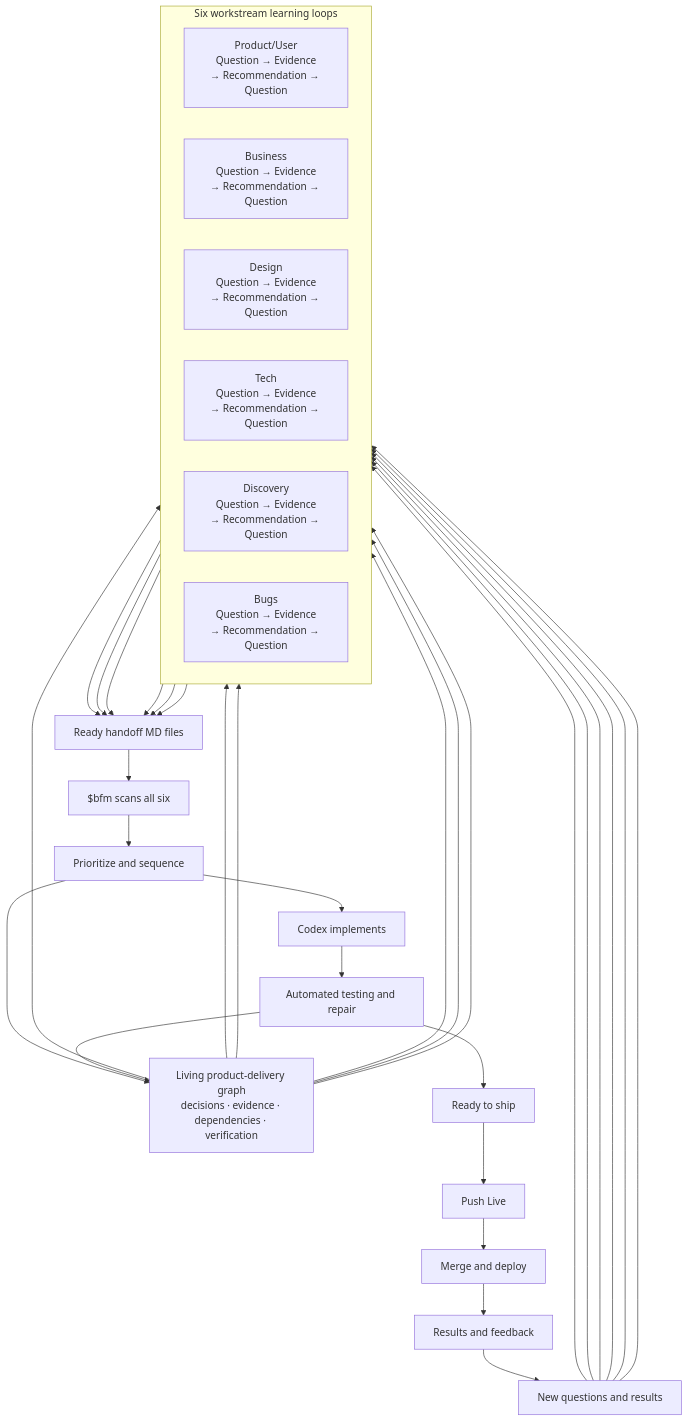
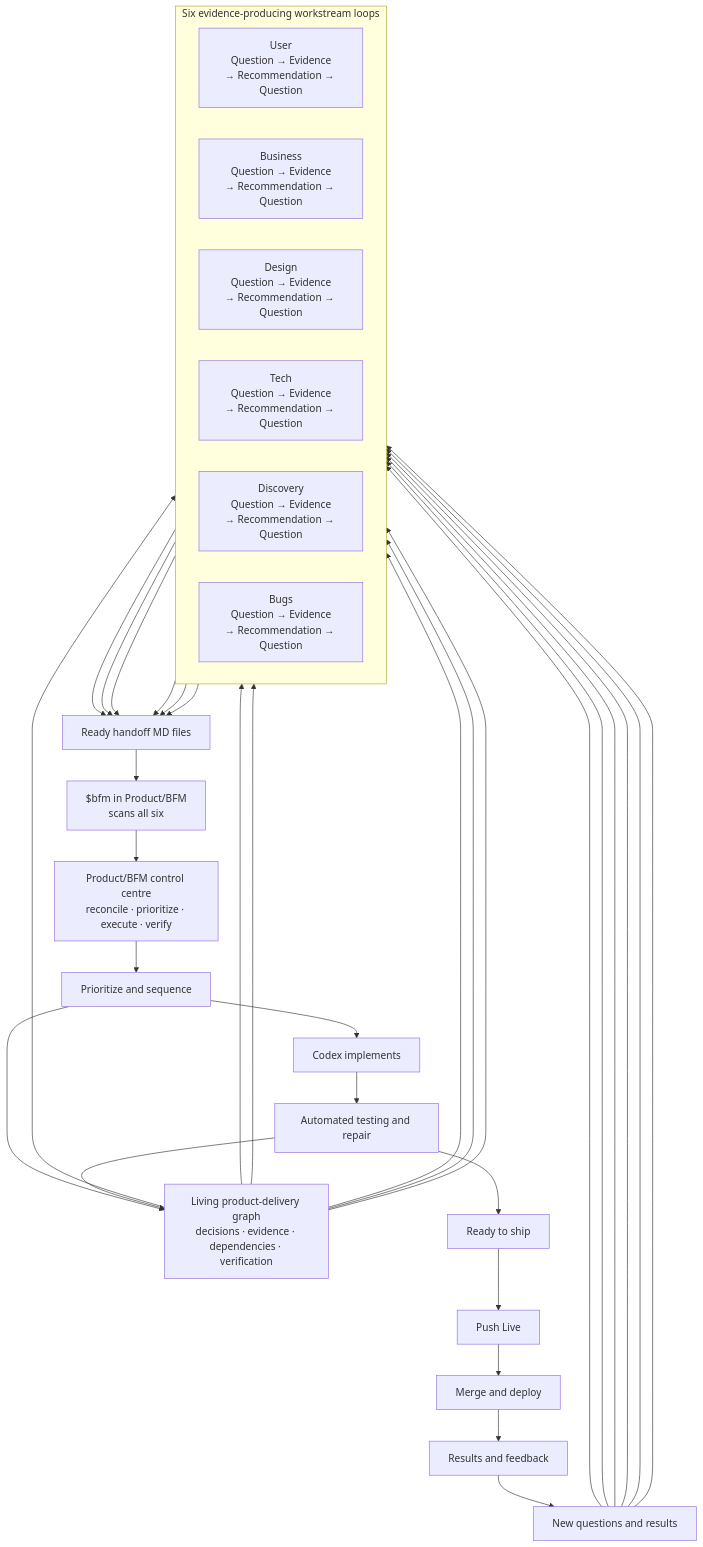
The diagram in README.md (friedbeef1/fb-lane-coordination), drawn with Mermaid before and after one commit. The commit also changed other lines of this file and 35 other files, not shown here.

Commit message:
docs: define Product BFM control centre

````diff
--- a/README.md
+++ b/README.md
@@ -106,46 +107,47 @@
 ```mermaid
 flowchart TB
     G["Living product-delivery graph<br/>decisions · evidence · dependencies · verification"]
-    subgraph M["Six workstream learning loops"]
+    subgraph M["Six evidence-producing workstream loops"]
         direction LR
-        PU["Product/User<br/>Question → Evidence<br/>→ Recommendation → Question"]
+        US["User<br/>Question → Evidence<br/>→ Recommendation → Question"]
         BU["Business<br/>Question → Evidence<br/>→ Recommendation → Question"]
         DE["Design<br/>Question → Evidence<br/>→ Recommendation → Question"]
         TE["Tech<br/>Question → Evidence<br/>→ Recommendation → Question"]
         DI["Discovery<br/>Question → Evidence<br/>→ Recommendation → Question"]
         BG["Bugs<br/>Question → Evidence<br/>→ Recommendation → Question"]
     end
 
-    G --> PU
+    PB["Product/BFM control centre<br/>reconcile · prioritize · execute · verify"]
+    G --> US
     G --> BU
     G --> DE
     G --> TE
     G --> DI
     G --> BG
-    PU --> H
+    US --> H
     BU --> H
     DE --> H
     TE --> H
     DI --> H
     BG --> H
     H["Ready handoff MD files"]
-    B["$bfm scans all six"]
+    B["$bfm in Product/BFM<br/>scans all six"]
     P["Prioritize and sequence"]
     C["Codex implements"]
     T["Automated testing and repair"]
     S["Ready to ship"]
     L["Push Live"]
     D["Merge and deploy"]
     F["Results and feedback"]
     N["New questions and results"]
-    H --> B --> P --> C --> T --> S --> L --> D --> F
+    H --> B --> PB --> P --> C --> T --> S --> L --> D --> F
     P --> G
     T --> G
     F --> N
-    N --> PU
+    N --> US
     N --> BU
     N --> DE
     N --> TE
     N --> DI
     N --> BG
 ```
````
